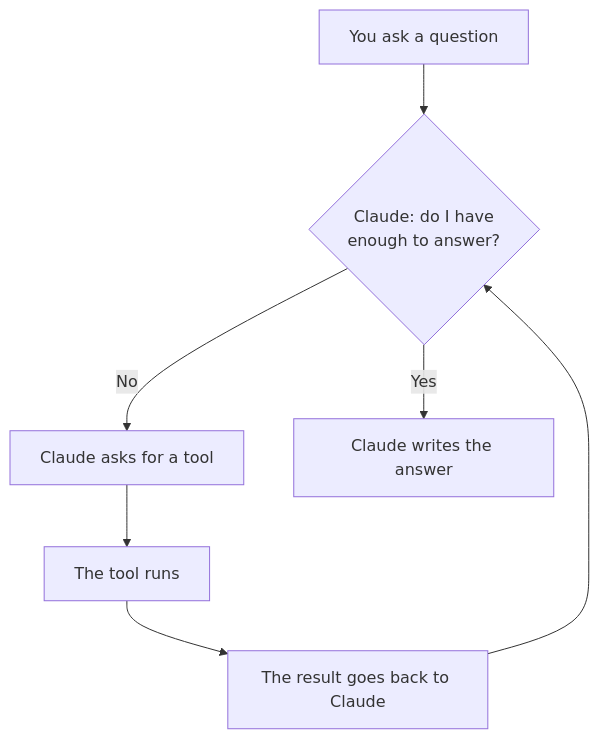
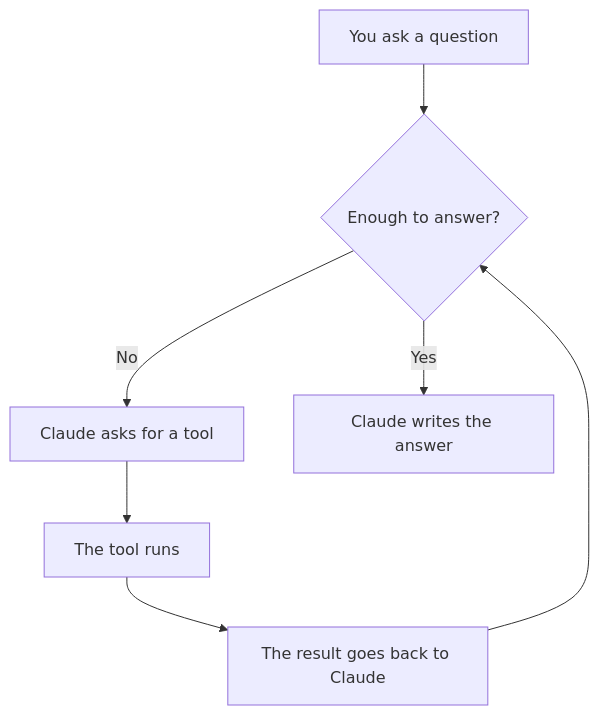
Before and after one commit to iportilla/agents: the second of 10 diagrams in docs/INTRO-TO-AGENTS.md, drawn with Mermaid. The commit also changed other lines of this file, not shown here.

First line of the commit message:
Make the intro guide's diagrams readable in Typora

````diff
--- a/docs/INTRO-TO-AGENTS.md
+++ b/docs/INTRO-TO-AGENTS.md
@@ -63,9 +66,9 @@
 ```mermaid
 flowchart TD
-    Q["You ask a question"] --> D{"Claude: do I have<br/>enough to answer?"}
+    Q["You ask a question"] --> D{"Enough to answer?"}
     D -->|No| A["Claude asks for a tool"]
     A --> R["The tool runs"]
     R --> O["The result goes back to Claude"]
     O --> D
     D -->|Yes| F["Claude writes the answer"]
 ```
````
